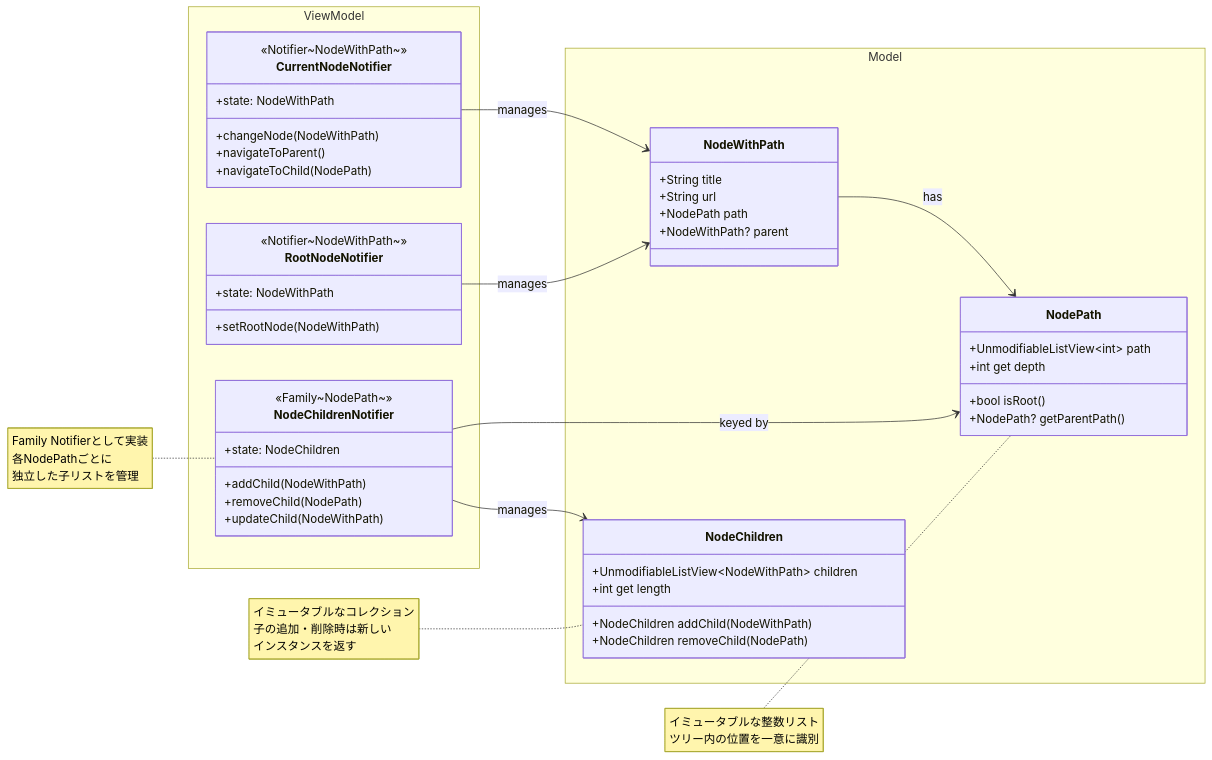
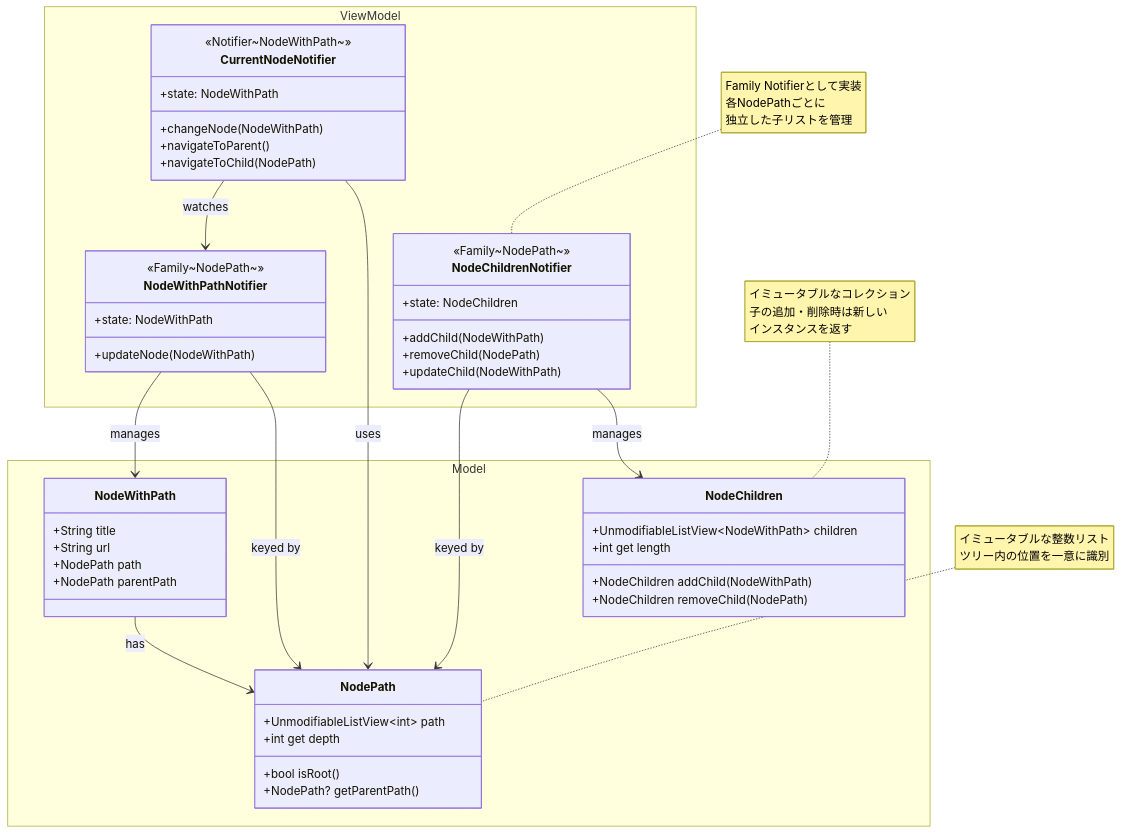
The diagram in web_browser/lib/browser/document/browser_view_architecture.md (Yasahiro-021/2025-app-sideA), drawn with Mermaid before and after one commit. The commit also changed other lines of this file, not shown here.

Commit message:
fix:実装のために不足していたNodeWithPathNotifier（パスに対応したノードの情報を保持）を追加、伴って全体を修正。

````diff
--- a/web_browser/lib/browser/document/browser_view_architecture.md
+++ b/web_browser/lib/browser/document/browser_view_architecture.md
@@ -22,76 +22,79 @@
 ```mermaid
 classDiagram
-    direction LR
+    direction TB
 
     %% Model層の定義
     namespace Model {
         class NodeWithPath {
             +String title
             +String url
             +NodePath path
-            +NodeWithPath? parent
+            +NodePath parentPath
         }
 
         class NodePath {
             +UnmodifiableListView~int~ path
             +int get depth
             +bool isRoot()
             +NodePath? getParentPath()
         }
 
         class NodeChildren {
             +UnmodifiableListView~NodeWithPath~ children
             +int get length
             +NodeChildren addChild(NodeWithPath)
             +NodeChildren removeChild(NodePath)
         }
     }
 
     %% ViewModel層の定義
     namespace ViewModel {
         class CurrentNodeNotifier {
             <<Notifier~NodeWithPath~>>
             +state: NodeWithPath
             +changeNode(NodeWithPath)
             +navigateToParent()
             +navigateToChild(NodePath)
         }
 
-        class RootNodeNotifier {
-            <<Notifier~NodeWithPath~>>
+        class NodeWithPathNotifier {
+            <<Family~NodePath~>>
             +state: NodeWithPath
-            +setRootNode(NodeWithPath)
+            +updateNode(NodeWithPath)
         }
 
         class NodeChildrenNotifier {
             <<Family~NodePath~>>
             +state: NodeChildren
             +addChild(NodeWithPath)
             +removeChild(NodePath)
             +updateChild(NodeWithPath)
         }
     }
 
 
     %% Model層の関連
     NodeWithPath --> NodePath : has
 
     %% ViewModel層の関連
-    CurrentNodeNotifier --> NodeWithPath : manages
-    RootNodeNotifier --> NodeWithPath : manages
+    CurrentNodeNotifier --> NodePath : uses
+    CurrentNodeNotifier --> NodeWithPathNotifier : watches
     NodeChildrenNotifier --> NodeChildren : manages
     NodeChildrenNotifier --> NodePath : keyed by
+    NodeWithPathNotifier --> NodePath : keyed by
+    NodeWithPathNotifier --> NodeWithPath : manages
+
 
     %% 凡例用のノート
     note for NodeChildren "イミュータブルなコレクション
         子の追加・削除時は新しい
         インスタンスを返す"
 
     note for NodePath "イミュータブルな整数リスト
         ツリー内の位置を一意に識別"
 
     note for NodeChildrenNotifier "Family Notifierとして実装
         各NodePathごとに
         独立した子リストを管理"
 
 ```
````
